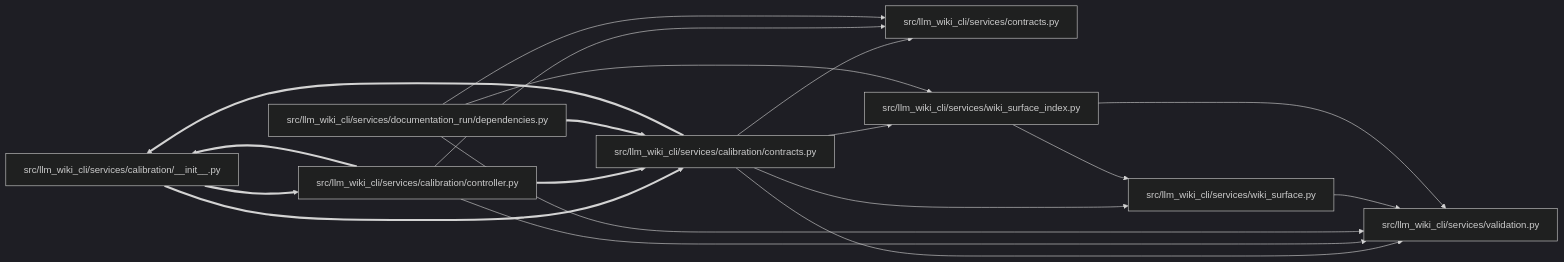
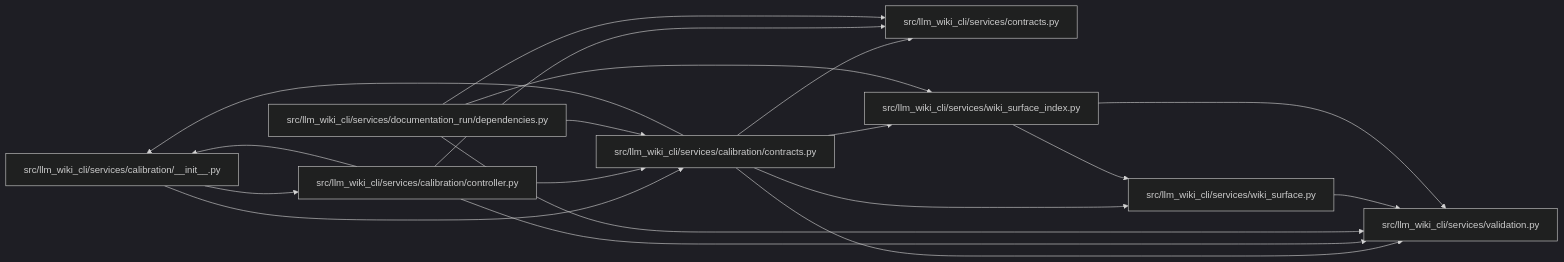
One commit to Denissvgn/python-wiki-llm changed the diagram in docs/llm_wiki/modules/calibration_contracts.md. Above: the diagram before and after it, drawn with Mermaid (dark theme). The commit also changed other lines of this file and 93 other files, not shown here.

````diff
--- a/docs/llm_wiki/modules/calibration_contracts.md
+++ b/docs/llm_wiki/modules/calibration_contracts.md
@@ -40,37 +39,37 @@
 ```mermaid
 flowchart LR
     n0["src/llm_wiki_cli/services/calibration/__init__.py"]
     n1["src/llm_wiki_cli/services/calibration/contracts.py"]
     n2["src/llm_wiki_cli/services/calibration/controller.py"]
     n3["src/llm_wiki_cli/services/contracts.py"]
     n4["src/llm_wiki_cli/services/documentation_run/dependencies.py"]
     n5["src/llm_wiki_cli/services/validation.py"]
     n6["src/llm_wiki_cli/services/wiki_surface.py"]
     n7["src/llm_wiki_cli/services/wiki_surface_index.py"]
-    n0 ==> n1
-    n0 ==> n2
-    n1 ==> n0
+    n0 --> n1
+    n0 --> n2
+    n1 --> n0
     n1 --> n3
     n1 --> n5
     n1 --> n6
     n1 --> n7
-    n2 ==> n0
-    n2 ==> n1
+    n2 --> n0
+    n2 --> n1
     n2 --> n3
     n2 --> n5
-    n4 ==> n1
+    n4 --> n1
     n4 --> n3
     n4 --> n5
     n4 --> n7
     n6 --> n5
     n7 --> n5
     n7 --> n6
     click n0 "../modules/calibration___init__.md"
     click n1 "../modules/calibration_contracts.md"
     click n2 "../modules/controller.md"
     click n3 "../modules/services_contracts.md"
     click n4 "../modules/documentation_run_dependencies.md"
     click n5 "../modules/validation.md"
     click n6 "../modules/wiki_surface.md"
     click n7 "../modules/wiki_surface_index.md"
 ```
````
